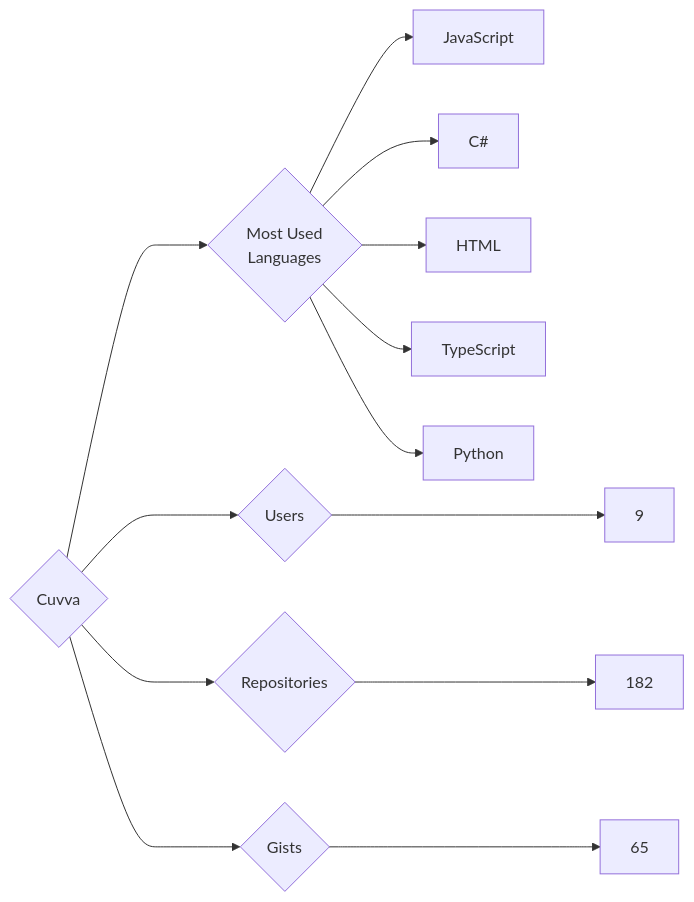
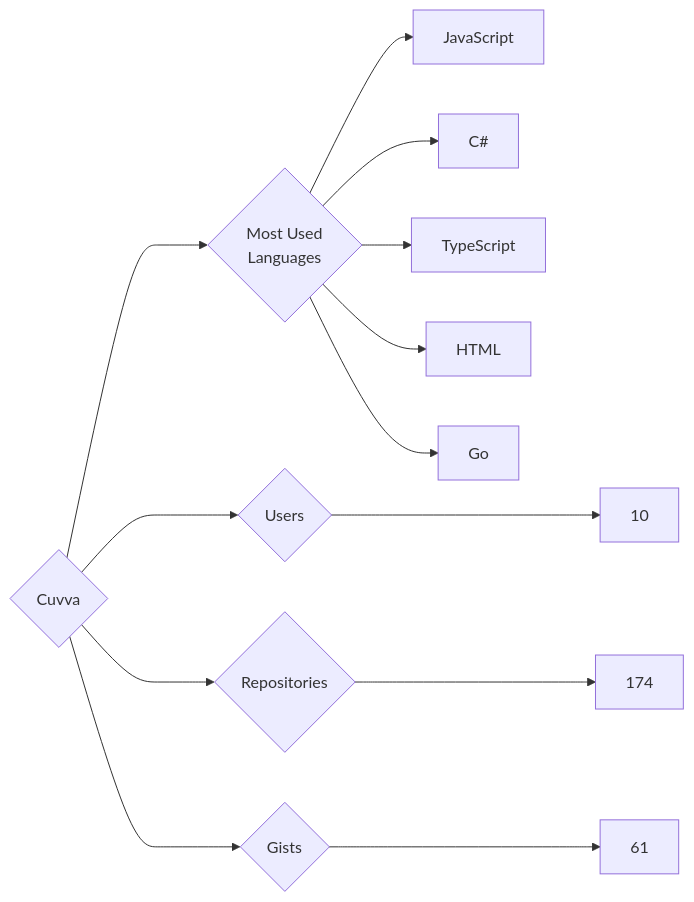
One commit to trickest/insiders changed the diagram in targets/Cuvva/README.md. Above: the diagram before and after it, drawn with Mermaid. The commit also changed 874 other files, not shown here.

````diff
--- a/targets/Cuvva/README.md
+++ b/targets/Cuvva/README.md
@@ -3,13 +3,13 @@
 ```mermaid
 graph LR
 COMPANY_NAME{Cuvva}
-COMPANY_NAME ---> U{Users} ---> UN[9]
-COMPANY_NAME ---> R{Repositories} ---> RN[182]
-COMPANY_NAME ---> G{Gists} ---> GN[65]
+COMPANY_NAME ---> U{Users} ---> UN[10]
+COMPANY_NAME ---> R{Repositories} ---> RN[174]
+COMPANY_NAME ---> G{Gists} ---> GN[61]
 COMPANY_NAME ---> ML{Most Used<br>Languages}
 ML --> JavaScript[JavaScript]
 ML --> C#[C#]
+ML --> TypeScript[TypeScript]
 ML --> HTML[HTML]
-ML --> TypeScript[TypeScript]
-ML --> Python[Python]
+ML --> Go[Go]
 ```
````
